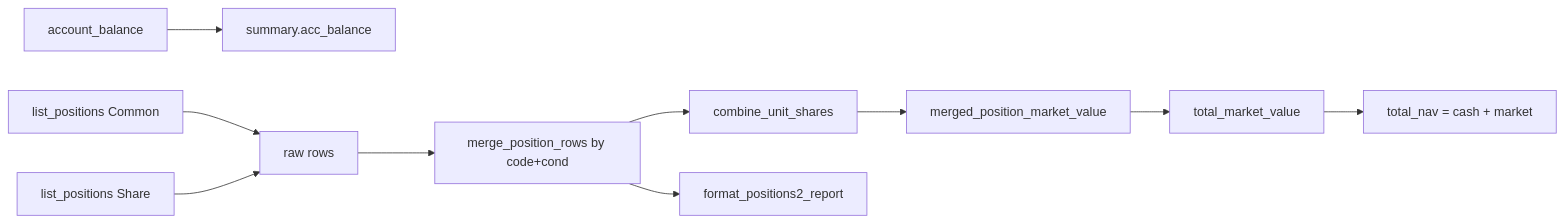
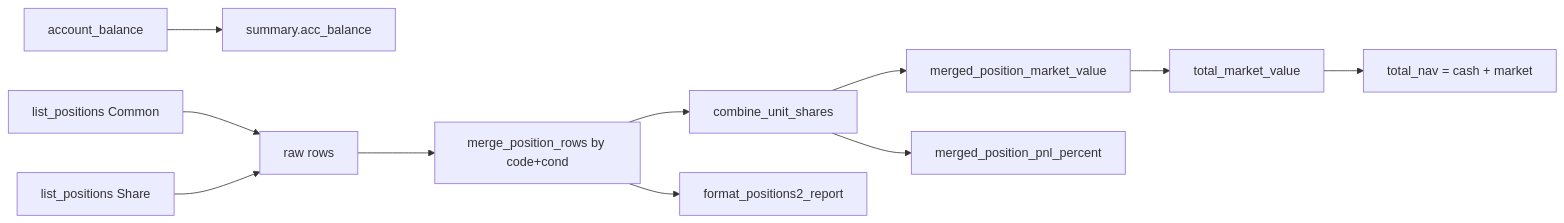
The third of 4 diagrams in docs/SINO_GUI_ARCHITECTURE.md (testtestProblem/sino_test_agent_cursor), drawn with Mermaid before and after one commit. The commit also changed other lines of this file and 1 other file, not shown here.

First line of the commit message:
Update sino-gui docs for kbars and P&L percent features.

````diff
--- a/docs/SINO_GUI_ARCHITECTURE.md
+++ b/docs/SINO_GUI_ARCHITECTURE.md
@@ -244,12 +268,13 @@
 ```mermaid
 flowchart LR
     A[account_balance] --> S[summary.acc_balance]
     B[list_positions Common] --> R[raw rows]
     C[list_positions Share] --> R
     R --> M[merge_position_rows by code+cond]
     M --> CUS[combine_unit_shares]
     CUS --> MV[merged_position_market_value]
+    CUS --> PCT[merged_position_pnl_percent]
     MV --> T[total_market_value]
     T --> NAV[total_nav = cash + market]
     M --> F[format_positions2_report]
 ```
````
